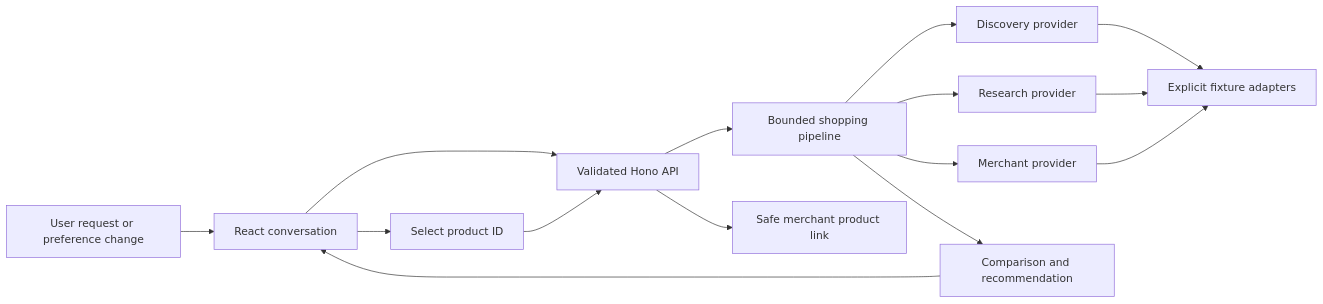
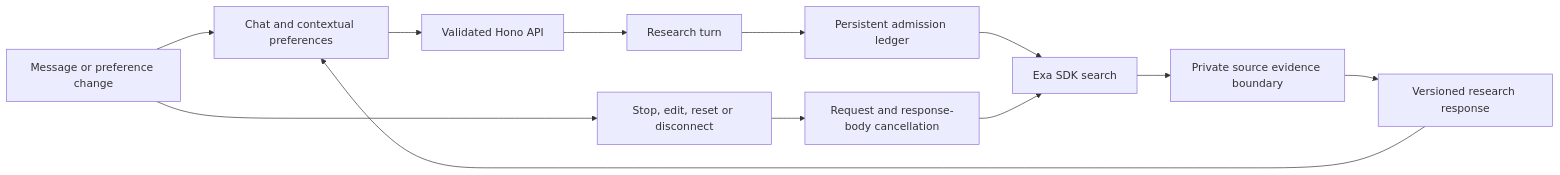
One commit to d3F0g/research-shopping changed the diagram in docs/architecture.md. Above: the diagram before and after it, drawn with Mermaid. The commit also changed other lines of this file and 7 other files, not shown here.

Commit message:
docs: describe normal Exa research and retained battery uncertainty

````diff
--- a/docs/architecture.md
+++ b/docs/architecture.md
@@ -19,17 +11,14 @@
 ```mermaid
 flowchart LR
-  User[User request or preference change] --> UI[React conversation]
+  User[Message or preference change] --> UI[Chat and contextual preferences]
   UI --> HTTP[Validated Hono API]
-  HTTP --> Core[Bounded shopping pipeline]
-  Core --> Discovery[Discovery provider]
-  Core --> Research[Research provider]
-  Core --> Merchant[Merchant provider]
-  Discovery --> Fixture[Explicit fixture adapters]
-  Research --> Fixture
-  Merchant --> Fixture
-  Core --> Result[Comparison and recommendation]
+  HTTP --> Turn[Research turn]
+  Turn --> Quota[Persistent admission ledger]
+  Quota --> Exa[Exa SDK search]
+  Exa --> Evidence[Private source evidence boundary]
+  Evidence --> Result[Versioned research response]
   Result --> UI
-  UI --> Selection[Select product ID]
-  Selection --> HTTP
-  HTTP --> Handoff[Safe merchant product link]
+  User --> Stop[Stop, edit, reset or disconnect]
+  Stop --> Abort[Request and response-body cancellation]
+  Abort --> Exa
 ```
````
